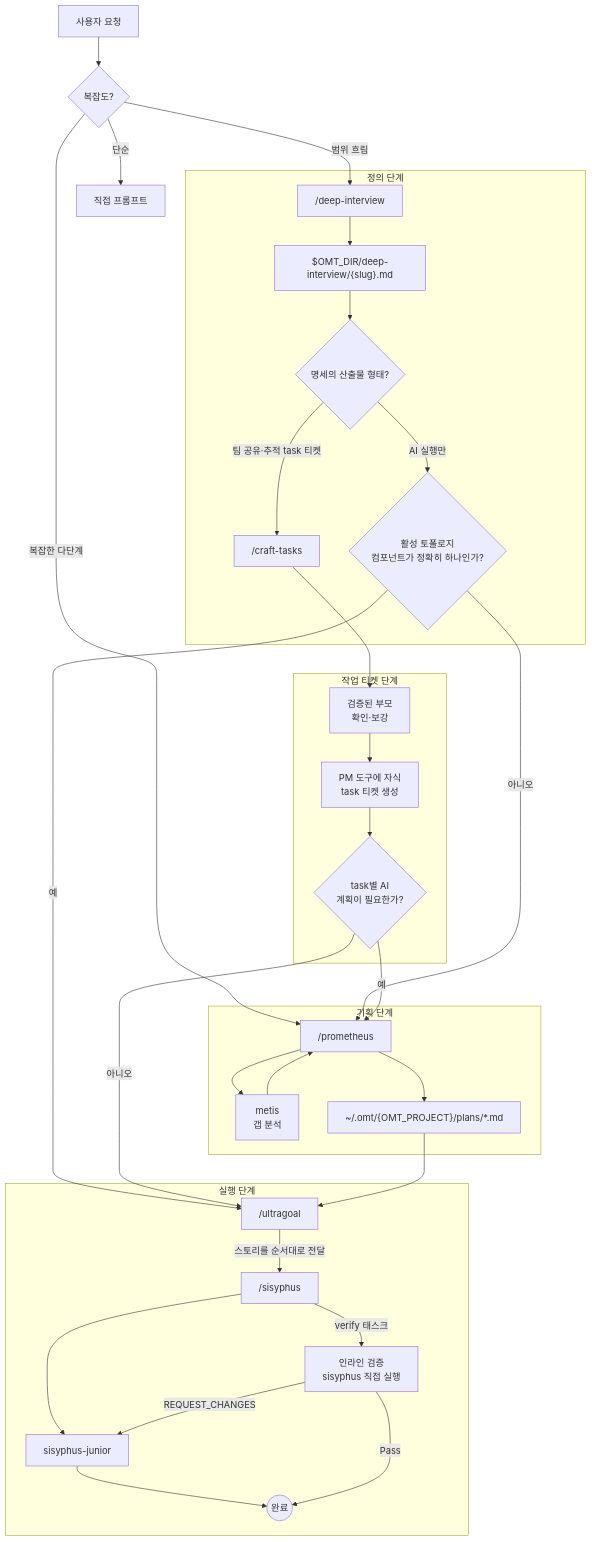
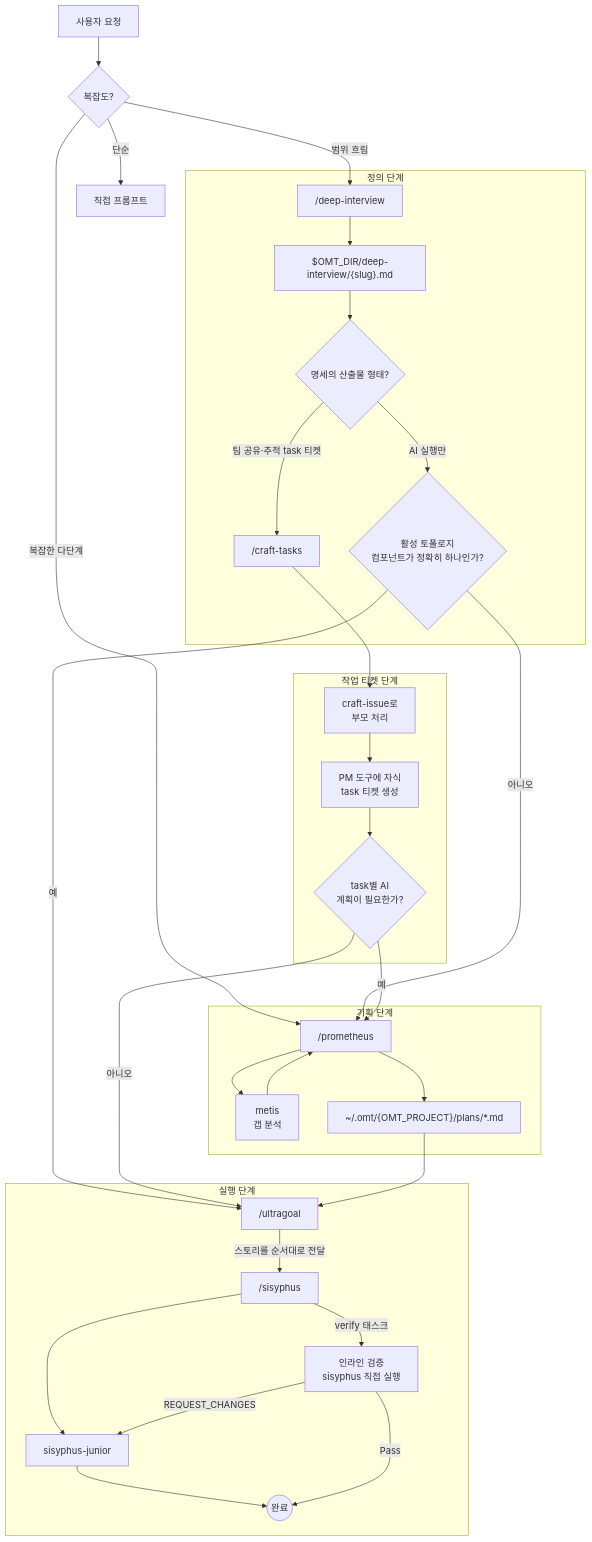
Before and after one commit to toongri/oh-my-toong-playground: the diagram in docs/ORCHESTRATION.md, drawn with Mermaid. The commit also changed other lines of this file and 7 other files, not shown here.

Commit message:
fix: craft-tasks 본문 최신화와 부모 처리 위임

````diff
--- a/docs/ORCHESTRATION.md
+++ b/docs/ORCHESTRATION.md
@@ -59,41 +59,41 @@
 ```mermaid
 flowchart TD
     User[사용자 요청] --> Decision{복잡도?}
 
     Decision -->|단순| Direct[직접 프롬프트]
     Decision -->|범위 흐림| DeepInterview["/deep-interview"]
     Decision -->|복잡한 다단계| Prometheus
 
     subgraph 정의 단계
         DeepInterview --> SpecFile["$OMT_DIR/deep-interview/{slug}.md"]
         SpecFile --> Output{명세의 산출물 형태?}
         Output -->|팀 공유·추적 task 티켓| CraftTasks["/craft-tasks"]
         Output -->|AI 실행만| Route{활성 토폴로지<br/>컴포넌트가 정확히 하나인가?}
     end
 
     subgraph 작업 티켓 단계
-        CraftTasks --> Parent["검증된 부모<br/>확인·보강"]
+        CraftTasks --> Parent["craft-issue로<br/>부모 처리"]
         Parent --> ChildTickets["PM 도구에 자식<br/>task 티켓 생성"]
         ChildTickets --> TaskPlan{task별 AI<br/>계획이 필요한가?}
     end
 
     subgraph 기획 단계
         Route -->|아니오| Prometheus["/prometheus"]
         TaskPlan -->|예| Prometheus
         Prometheus --> Metis[metis<br/>갭 분석]
         Metis --> Prometheus
         Prometheus --> PlanFile["~/.omt/{OMT_PROJECT}/plans/*.md"]
     end
 
     subgraph 실행 단계
         Route -->|예| Ultragoal["/ultragoal"]
         TaskPlan -->|아니오| Ultragoal
         PlanFile --> Ultragoal
         Ultragoal -->|스토리를 순서대로 전달| Sisyphus["/sisyphus"]
         Sisyphus --> Junior[sisyphus-junior]
         Junior --> Done((완료))
         Sisyphus -->|verify 태스크| QA[인라인 검증<br/>sisyphus 직접 실행]
         QA -->|Pass| Done
         QA -->|REQUEST_CHANGES| Junior
     end
 ```
````
